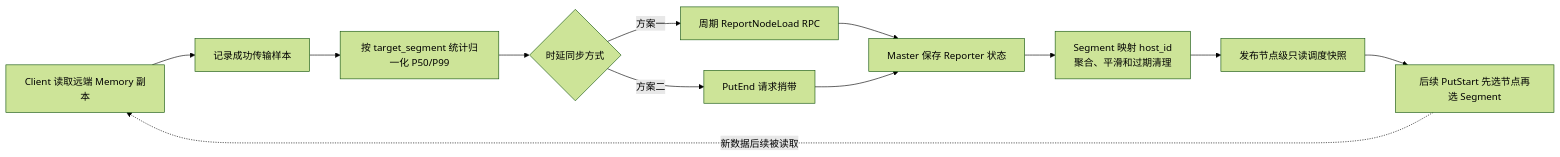
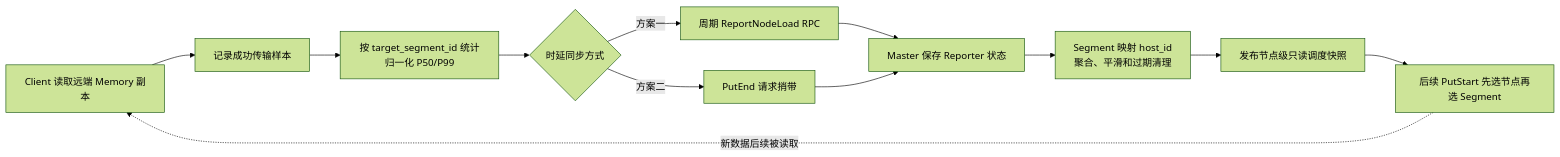
One commit to ma-xiang/Mooncake changed the first of 10 diagrams in analyze/mooncake-store-node-level-scheduling.md. Above: the diagram before and after it, drawn with Mermaid (forest theme). The commit also changed other lines of this file, not shown here.

````diff
--- a/analyze/mooncake-store-node-level-scheduling.md
+++ b/analyze/mooncake-store-node-level-scheduling.md
@@ -46,14 +46,14 @@
 ```mermaid
 flowchart LR
     A[Client 读取远端 Memory 副本] --> B[记录成功传输样本]
-    B --> C[按 target_segment 统计归一化 P50/P99]
+    B --> C[按 target_segment_id 统计归一化 P50/P99]
     C --> D{时延同步方式}
     D -->|方案一| E[周期 ReportNodeLoad RPC]
     D -->|方案二| F[PutEnd 请求捎带]
     E --> G[Master 保存 Reporter 状态]
     F --> G
     G --> H[Segment 映射 host_id<br/>聚合、平滑和过期清理]
     H --> I[发布节点级只读调度快照]
     I --> J[后续 PutStart 先选节点再选 Segment]
     J -. 新数据后续被读取 .-> A
 ```
````
